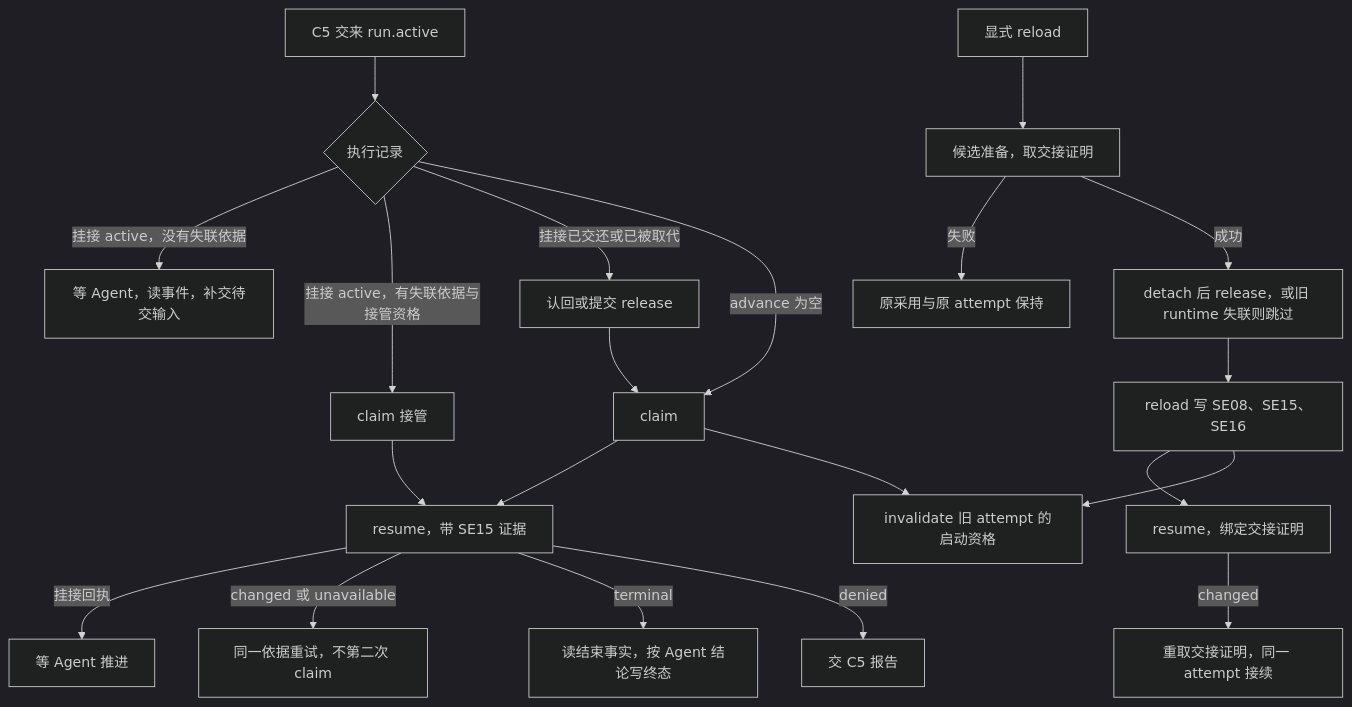
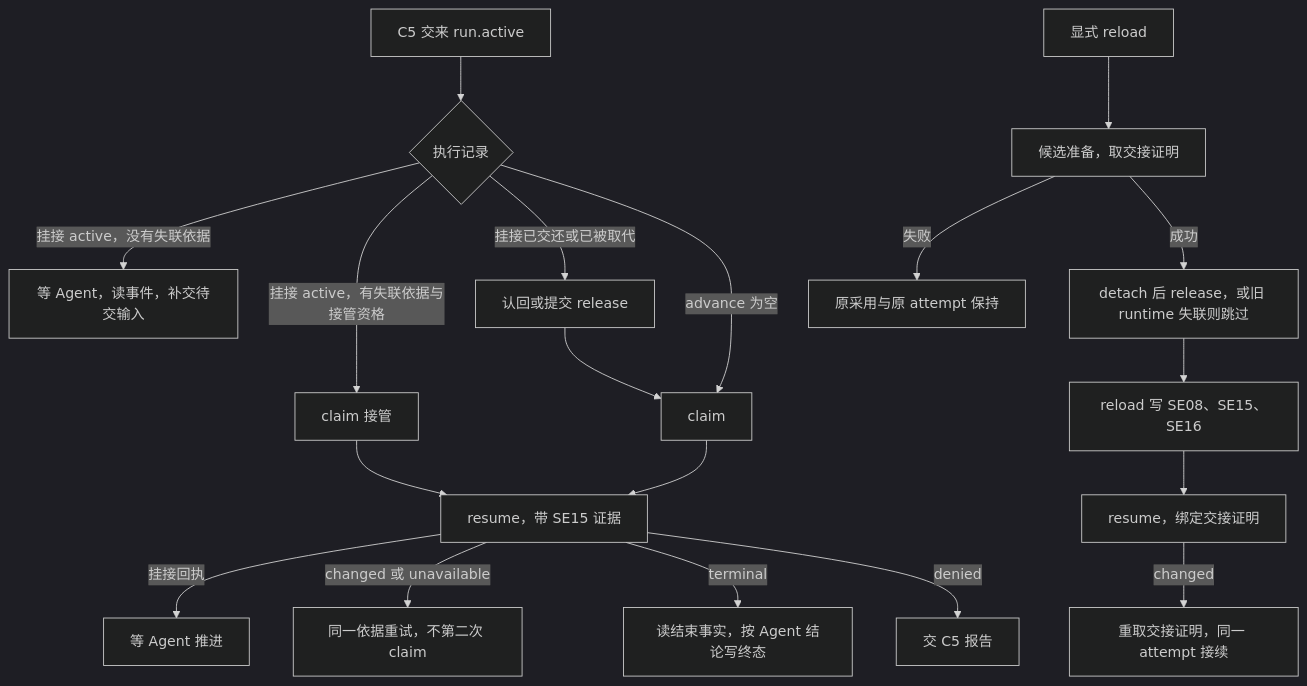
One commit to nemori-ai/omne-harness-lite changed the fifth of 15 diagrams in packages/session/session/docs/flows.md. Above: the diagram before and after it, drawn with Mermaid (dark theme). The commit also changed other lines of this file and 44 other files, not shown here.

````diff
--- a/packages/session/session/docs/flows.md
+++ b/packages/session/session/docs/flows.md
@@ -140,22 +140,20 @@
 ```mermaid
 flowchart TD
     R[C5 交来 run.active] --> Q{执行记录}
     Q -->|挂接 active，没有失联依据| W[等 Agent，读事件，补交待交输入]
     Q -->|挂接 active，有失联依据与接管资格| T[claim 接管]
     Q -->|挂接已交还或已被取代| Rel[认回或提交 release] --> Cl[claim]
     Q -->|advance 为空| Cl
     T --> Rs[resume，带 SE15 证据]
     Cl --> Rs
-    Cl --> F[invalidate 旧 attempt 的启动资格]
     Rs -->|挂接回执| Done[等 Agent 推进]
     Rs -->|changed 或 unavailable| Retry[同一依据重试，不第二次 claim]
     Rs -->|terminal| End[读结束事实，按 Agent 结论写终态]
     Rs -->|denied| C5[交 C5 报告]
     Rd[显式 reload] --> Cand[候选准备，取交接证明]
     Cand -->|失败| Keep[原采用与原 attempt 保持]
     Cand -->|成功| Det[detach 后 release，或旧 runtime 失联则跳过]
     Det --> Rl[reload 写 SE08、SE15、SE16]
     Rl --> Rs2[resume，绑定交接证明]
-    Rl --> F
     Rs2 -->|changed| Re[重取交接证明，同一 attempt 接续]
 ```
````
